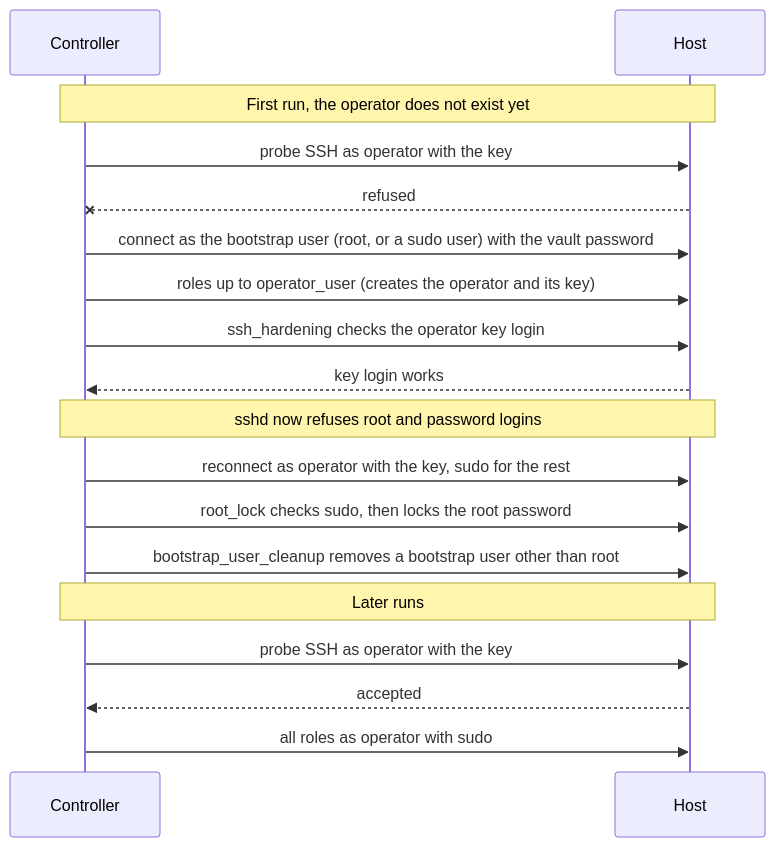
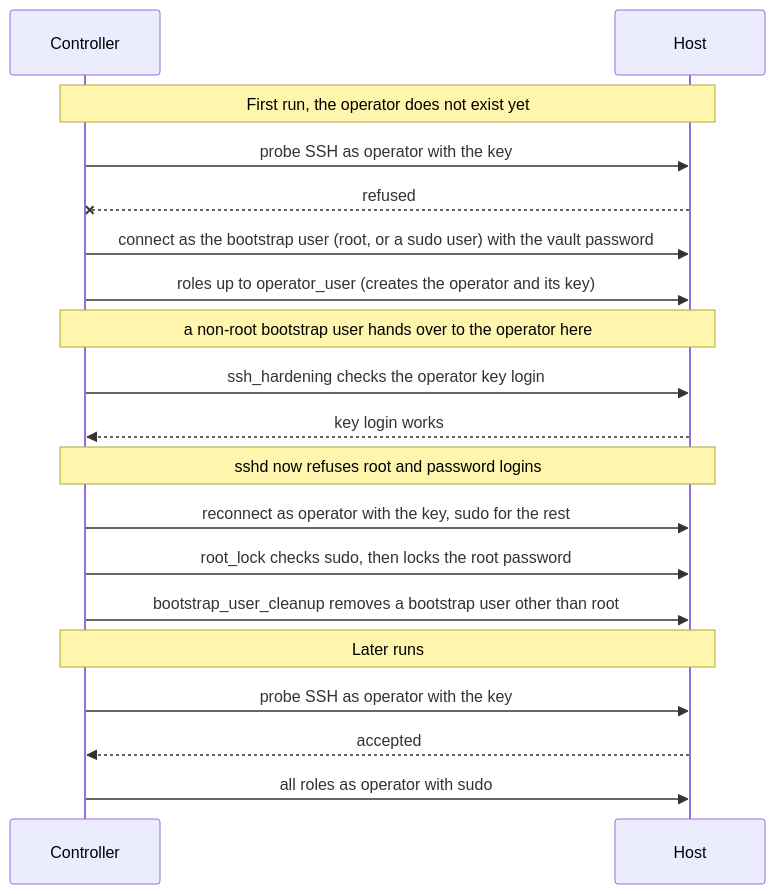
One commit to nayrosk/nayrosk-ansible changed the third of 3 diagrams in docs/architecture.md. Above: the diagram before and after it, drawn with Mermaid. The commit also changed other lines of this file and 4 other files, not shown here.

First line of the commit message:
fix(operator_user): move the play to the operator after a non-root bootstrap user

````diff
--- a/docs/architecture.md
+++ b/docs/architecture.md
@@ -87,20 +89,21 @@
 ```mermaid
 sequenceDiagram
     participant C as Controller
     participant H as Host
     Note over C,H: First run, the operator does not exist yet
     C->>H: probe SSH as operator with the key
     H--xC: refused
     C->>H: connect as the bootstrap user (root, or a sudo user) with the vault password
     C->>H: roles up to operator_user (creates the operator and its key)
+    Note over C,H: a non-root bootstrap user hands over to the operator here
     C->>H: ssh_hardening checks the operator key login
     H-->>C: key login works
     Note over C,H: sshd now refuses root and password logins
     C->>H: reconnect as operator with the key, sudo for the rest
     C->>H: root_lock checks sudo, then locks the root password
     C->>H: bootstrap_user_cleanup removes a bootstrap user other than root
     Note over C,H: Later runs
     C->>H: probe SSH as operator with the key
     H-->>C: accepted
     C->>H: all roles as operator with sudo
 ```
````
